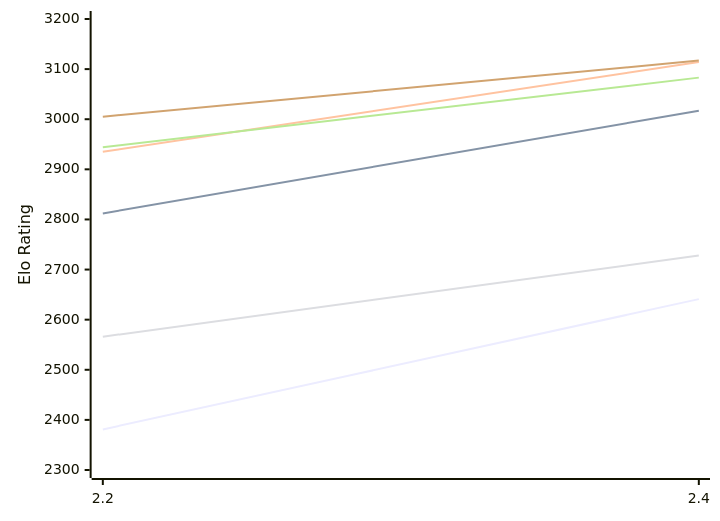
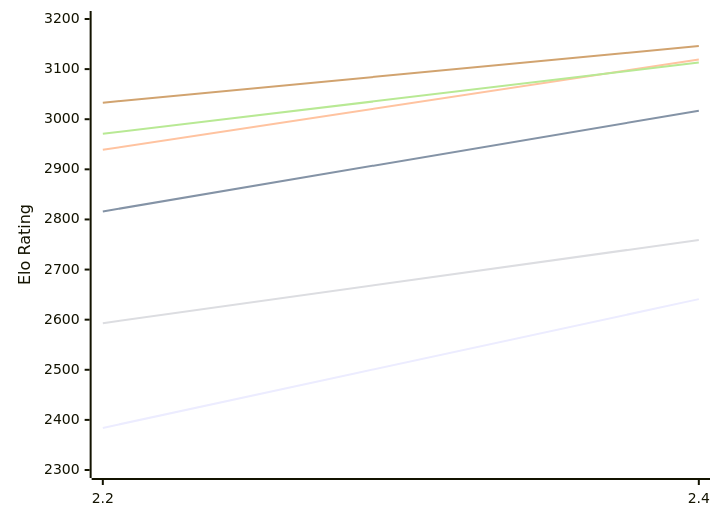
The first of 2 diagrams in engines/Sloth.md (computer-chess-index/cci), drawn with Mermaid before and after one commit. The commit also changed other lines of this file, not shown here.

Commit message:
Update CCI Ratings (ELO VLTC) - 2026-10-21

````diff
--- a/engines/Sloth.md
+++ b/engines/Sloth.md
@@ -50,12 +50,12 @@
 ```mermaid
 %%{init: {"theme":"base","themeVariables":{"seriesColors:['#a3a3a3','#222221','#faa371']}}}%%
 xychart-beta
   x-axis ["2.2", "2.4"]
   y-axis "Elo Rating" 2300 --> 3200
-  line "E1: STC (8.0+0.08s)" [2381, 2641]
-  line "E1: LTC (60.0+0.60s)" [2812, 3017]
-  line "E1: VLTC (2m24s+1.12s)" [2935, 3114]
-  line "P1: STC (8.0+0.08s)" [2566, 2728]
-  line "P1: LTC (60.0+0.60s)" [2944, 3083]
-  line "P1: VLTC (2m24s+1.12s)" [3005, 3117]
+  line "E1: STC (8.0+0.08s)" [2384, 2641]
+  line "E1: LTC (60.0+0.60s)" [2816, 3017]
+  line "E1: VLTC (2m24s+1.12s)" [2939, 3119]
+  line "P1: STC (8.0+0.08s)" [2593, 2759]
+  line "P1: LTC (60.0+0.60s)" [2971, 3113]
+  line "P1: VLTC (2m24s+1.12s)" [3033, 3146]
 ```
````
